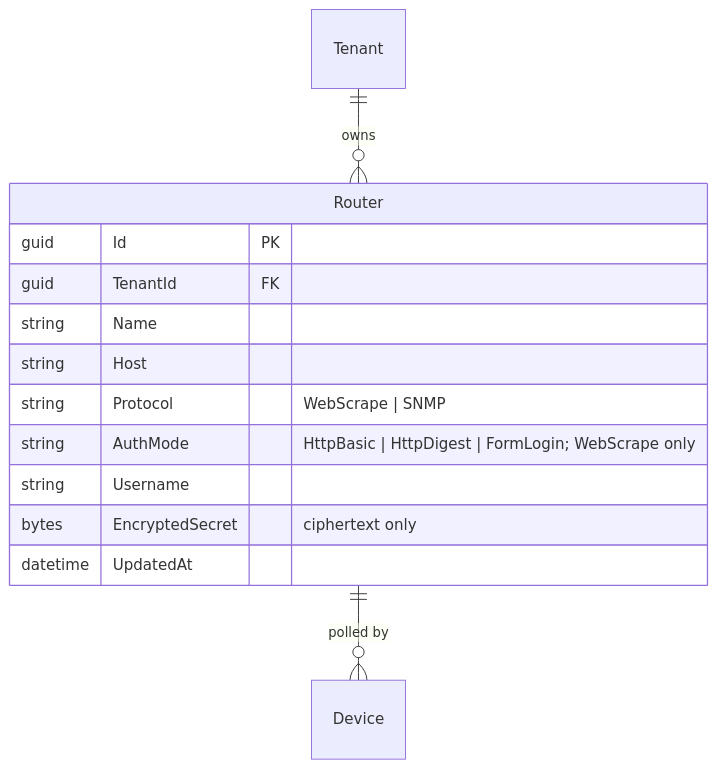
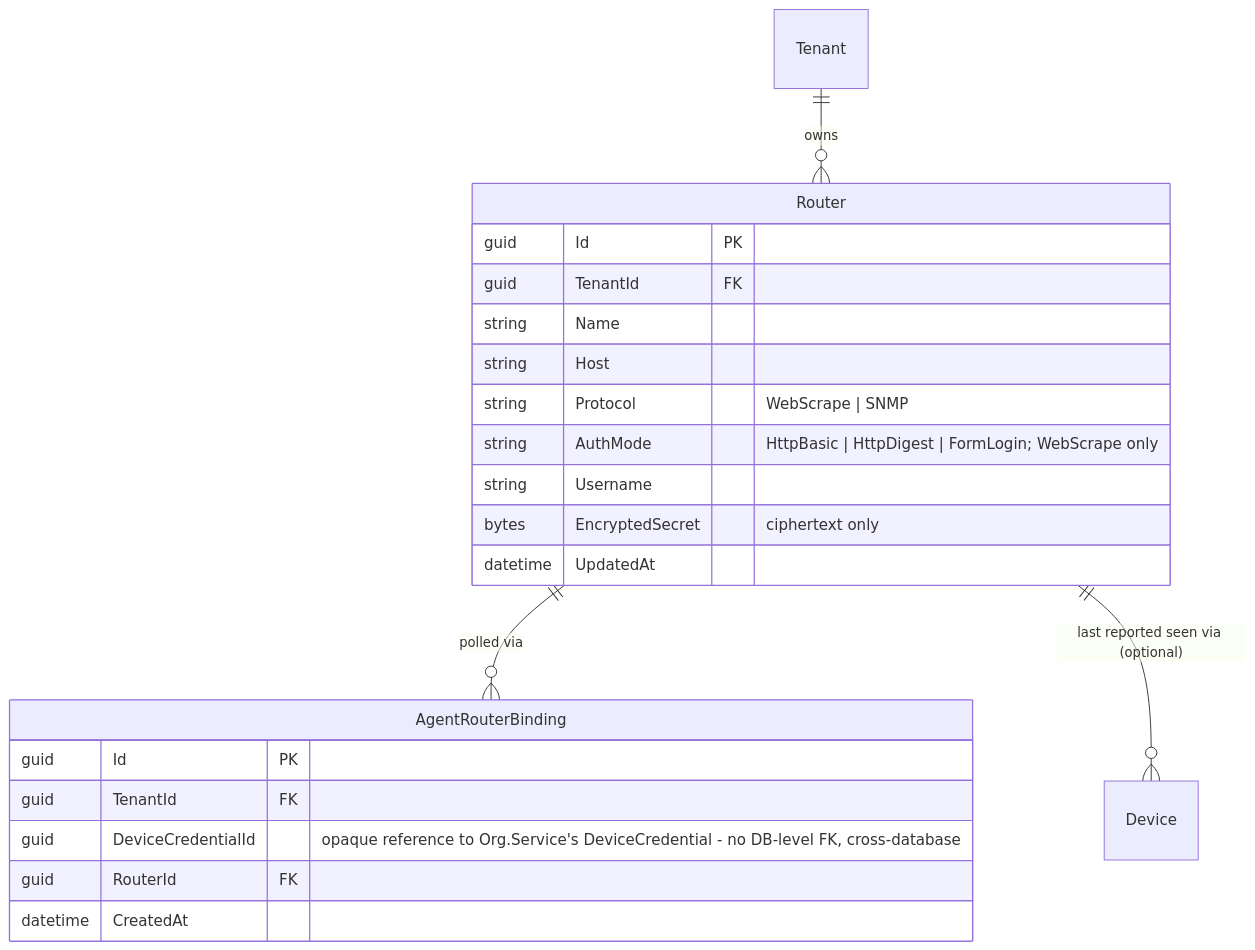
One commit to dzaba1/HomeSecurity changed the first of 2 diagrams in docs/architecture/15-router-credentials.md. Above: the diagram before and after it, drawn with Mermaid. The commit also changed other lines of this file and 8 other files, not shown here.

````diff
--- a/docs/architecture/15-router-credentials.md
+++ b/docs/architecture/15-router-credentials.md
@@ -65,17 +76,25 @@
 ```mermaid
 erDiagram
   Tenant ||--o{ Router : owns
-  Router ||--o{ Device : "polled by"
+  Router ||--o{ AgentRouterBinding : "polled via"
+  Router ||--o{ Device : "last reported seen via (optional)"
 
   Router {
     guid Id PK
     guid TenantId FK
     string Name
     string Host
     string Protocol "WebScrape | SNMP"
     string AuthMode "HttpBasic | HttpDigest | FormLogin; WebScrape only"
     string Username
     bytes EncryptedSecret "ciphertext only"
     datetime UpdatedAt
   }
+  AgentRouterBinding {
+    guid Id PK
+    guid TenantId FK
+    guid DeviceCredentialId "opaque reference to Org.Service's DeviceCredential - no DB-level FK, cross-database"
+    guid RouterId FK
+    datetime CreatedAt
+  }
 ```
````
